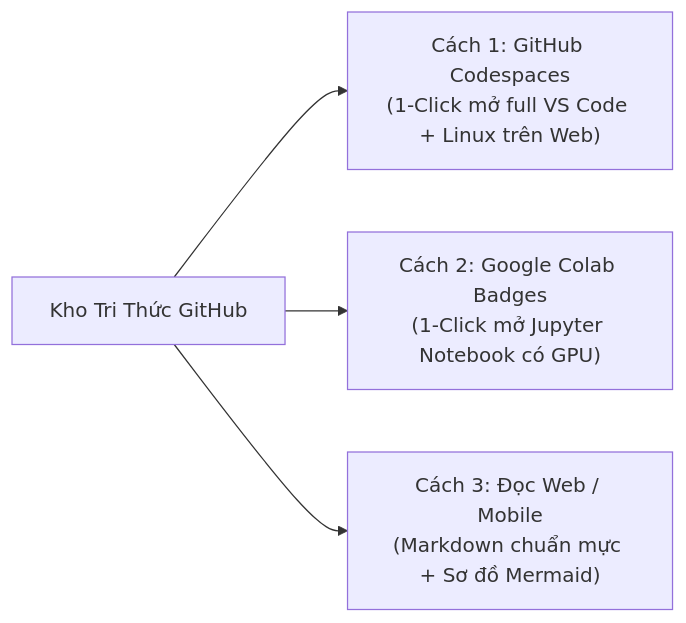
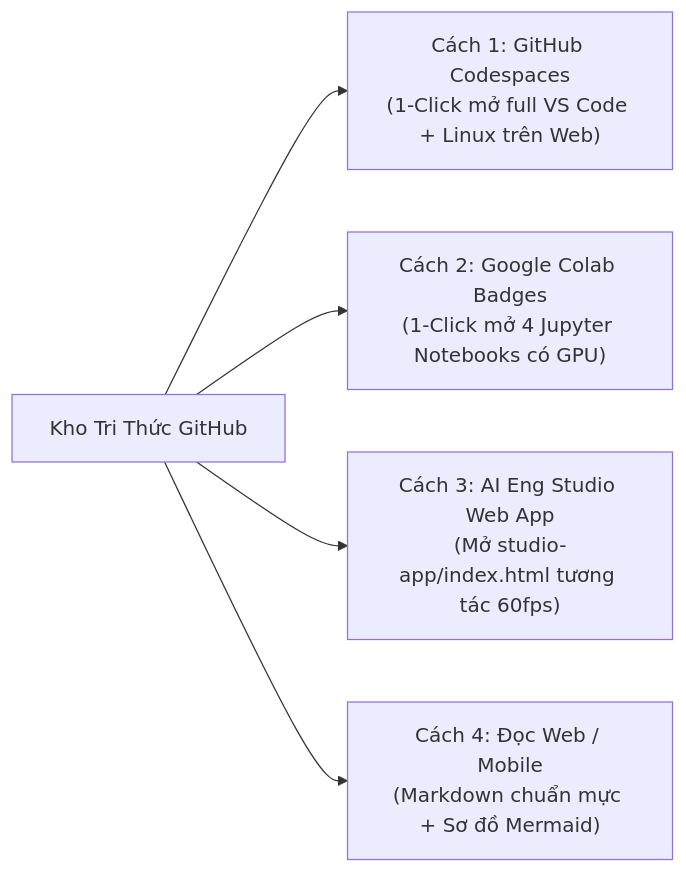
The second of 2 diagrams in README.md (TontonYuta/Applied-AI-Engineering-Handbook), drawn with Mermaid before and after one commit. The commit also changed other lines of this file and 27 other files, not shown here.

First line of the commit message:
feat: implement 6 canonical design patterns, 3 new interactive cookbooks, and standalone AI Eng Studio web app

````diff
--- a/README.md
+++ b/README.md
@@ -110,6 +127,7 @@
 ```mermaid
 flowchart LR
     A["Kho Tri Thức GitHub"] --> B["Cách 1: GitHub Codespaces<br/>(1-Click mở full VS Code + Linux trên Web)"]
-    A --> C["Cách 2: Google Colab Badges<br/>(1-Click mở Jupyter Notebook có GPU)"]
-    A --> D["Cách 3: Đọc Web / Mobile<br/>(Markdown chuẩn mực + Sơ đồ Mermaid)"]
+    A --> C["Cách 2: Google Colab Badges<br/>(1-Click mở 4 Jupyter Notebooks có GPU)"]
+    A --> D["Cách 3: AI Eng Studio Web App<br/>(Mở studio-app/index.html tương tác 60fps)"]
+    A --> E["Cách 4: Đọc Web / Mobile<br/>(Markdown chuẩn mực + Sơ đồ Mermaid)"]
 ```
````
